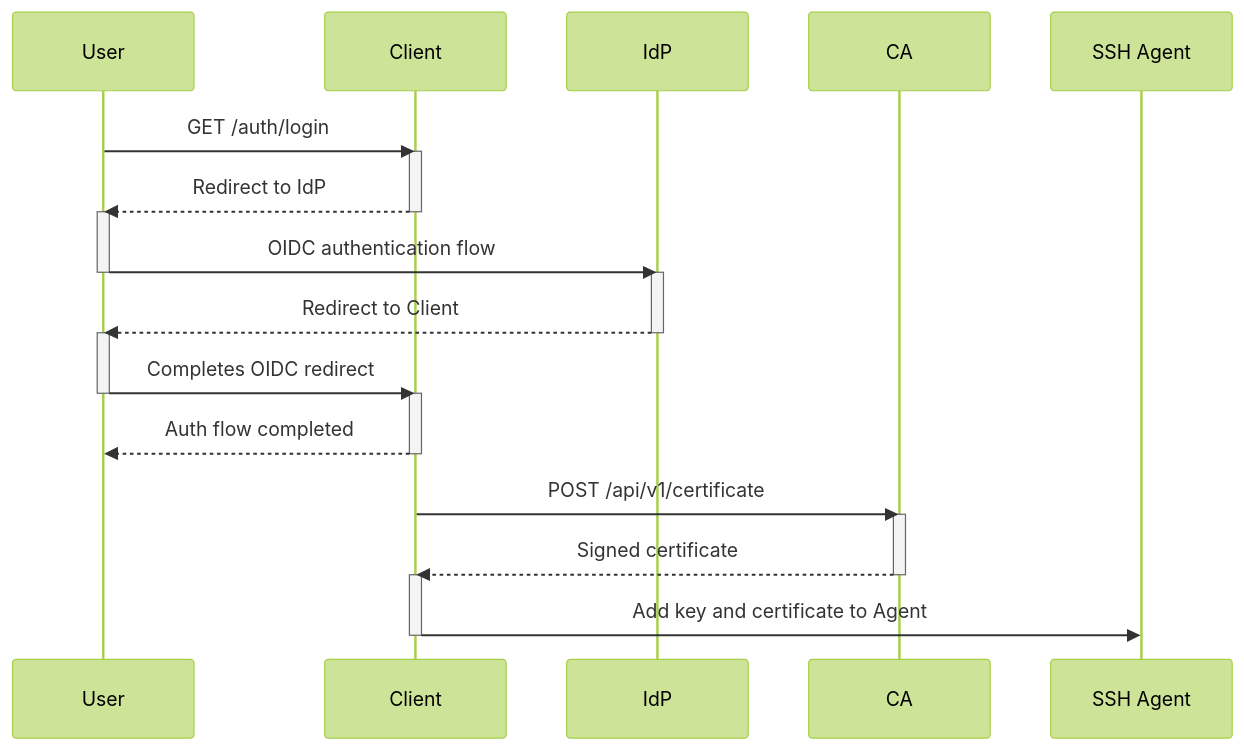
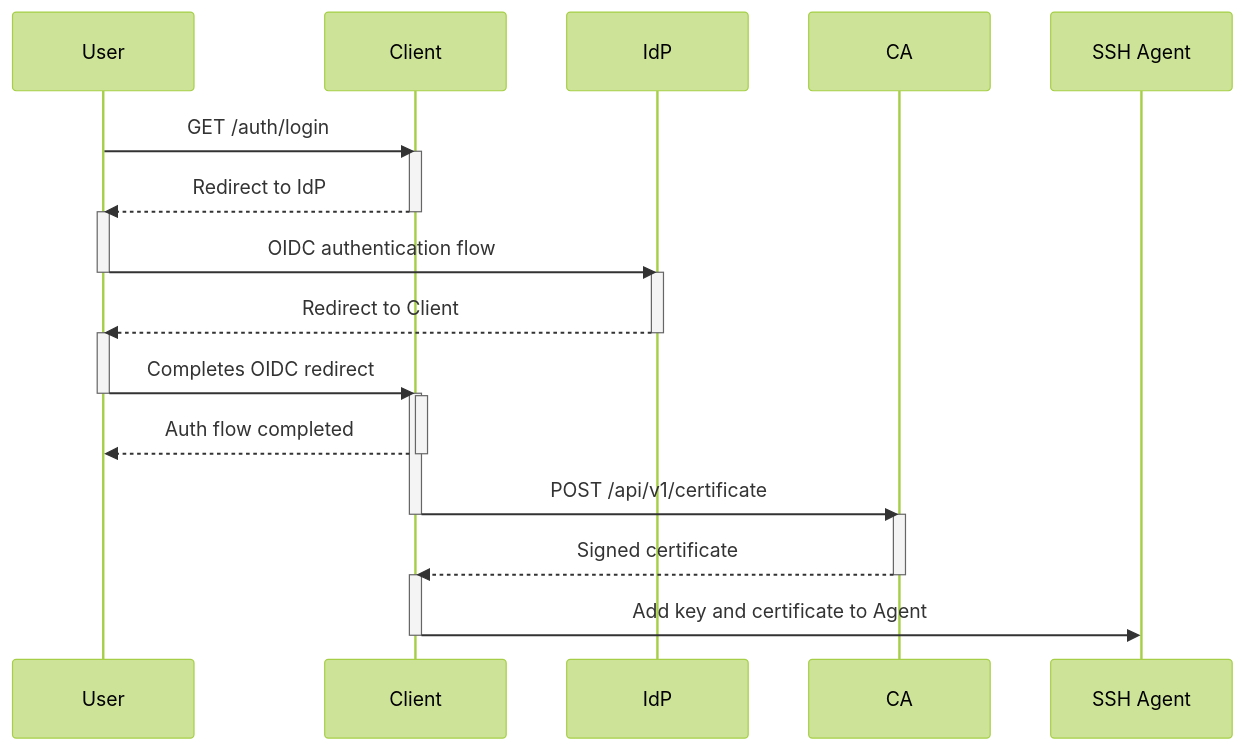
One commit to andrewheberle/serverless-ssh-ca changed the first of 2 diagrams in README.md. Above: the diagram before and after it, drawn with Mermaid (forest theme). The commit also changed other lines of this file and 7 other files, not shown here.

````diff
--- a/README.md
+++ b/README.md
@@ -33,26 +35,28 @@
 ```mermaid
 sequenceDiagram
     User->>Client: GET /auth/login
     activate Client
     Client-->>User: Redirect to IdP
     deactivate Client
     activate User
     User->>IdP: OIDC authentication flow
     deactivate User
     activate IdP
     IdP-->>User: Redirect to Client
     deactivate IdP
     activate User
     User->>Client: Completes OIDC redirect
     deactivate User
     activate Client
+    activate Client
     Client-->>User: Auth flow completed
     deactivate Client
     Client->>CA: POST /api/v1/certificate
+    deactivate Client
     activate CA
     CA-->>Client: Signed certificate
     deactivate CA
     activate Client
     Client->>SSH Agent: Add key and certificate to Agent
     deactivate Client
 ```
````
